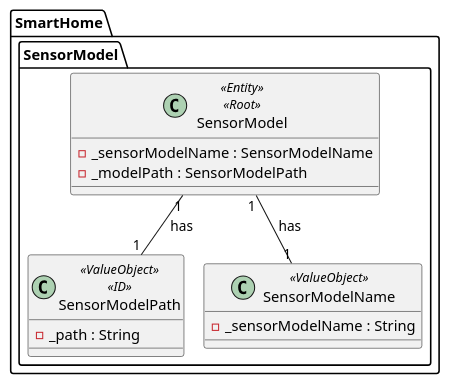
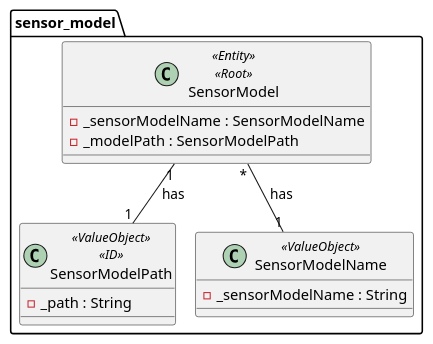
The diagram in docs/ooa/4.agreggateModels/SensorModel.puml (olivDiogo/SmartHome), drawn with PlantUML before and after one commit. The commit also changed 11 other files, not shown here.

```diff
--- a/docs/ooa/4.agreggateModels/SensorModel.puml
+++ b/docs/ooa/4.agreggateModels/SensorModel.puml
@@ -1,23 +1,22 @@
 @startuml
 !pragma layout smetana
 
-package SmartHome.SensorModel{
+package sensor_model{
 
     class SensorModel <<Entity>> <<Root>>{
     - _sensorModelName : SensorModelName
     - _modelPath : SensorModelPath
     }
-}
 
-package SmartHome.SensorModel {
      class SensorModelPath <<ValueObject>><<ID>>{
         - _path : String
      }
      class SensorModelName <<ValueObject>>{
         - _sensorModelName : String
      }
 }
 
-SmartHome.SensorModel.SensorModel "1" -- "1" SmartHome.SensorModel.SensorModelPath : has
-SmartHome.SensorModel.SensorModel "1" -- "1" SmartHome.SensorModel.SensorModelName : has
+SensorModel "1" -- "1" SensorModelPath : has
+SensorModel "*" -- "1" SensorModelName : has
+
 @enduml
```
